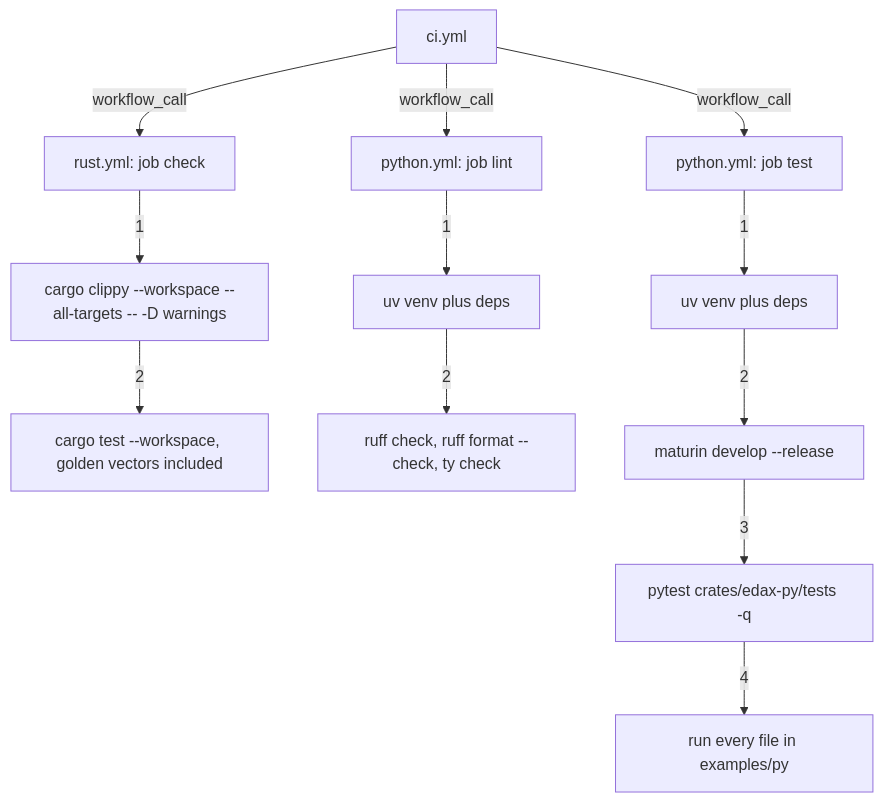
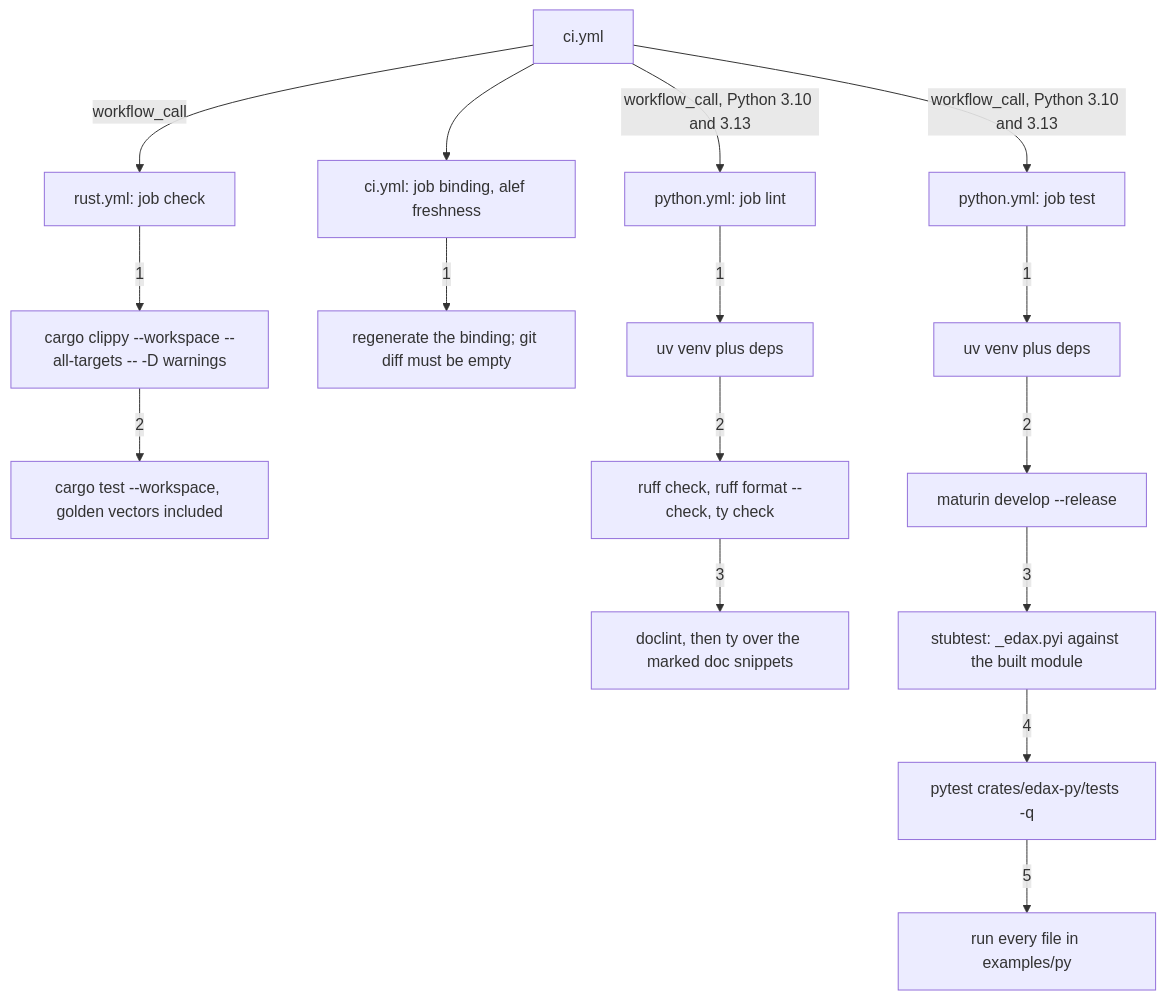
One commit to haskian/edax changed the third of 3 diagrams in docs/guides/testing.md. Above: the diagram before and after it, drawn with Mermaid. The commit also changed other lines of this file and 117 other files, not shown here.

````diff
--- a/docs/guides/testing.md
+++ b/docs/guides/testing.md
@@ -283,17 +285,22 @@
 ```mermaid
 flowchart TB
     CI["ci.yml"] -->|"workflow_call"| R["rust.yml: job check"]
-    CI -->|"workflow_call"| PL["python.yml: job lint"]
-    CI -->|"workflow_call"| PT["python.yml: job test"]
+    CI --> B["ci.yml: job binding, alef freshness"]
+    CI -->|"workflow_call, Python 3.10 and 3.13"| PL["python.yml: job lint"]
+    CI -->|"workflow_call, Python 3.10 and 3.13"| PT["python.yml: job test"]
 
     R -->|"1"| R1["cargo clippy --workspace --all-targets -- -D warnings"]
     R1 -->|"2"| R2["cargo test --workspace, golden vectors included"]
 
+    B -->|"1"| B1["regenerate the binding; git diff must be empty"]
+
     PL -->|"1"| L1["uv venv plus deps"]
     L1 -->|"2"| L2["ruff check, ruff format --check, ty check"]
+    L2 -->|"3"| L3["doclint, then ty over the marked doc snippets"]
 
     PT -->|"1"| T1["uv venv plus deps"]
     T1 -->|"2"| T2["maturin develop --release"]
-    T2 -->|"3"| T3["pytest crates/edax-py/tests -q"]
-    T3 -->|"4"| T4["run every file in examples/py"]
+    T2 -->|"3"| T3["stubtest: _edax.pyi against the built module"]
+    T3 -->|"4"| T4["pytest crates/edax-py/tests -q"]
+    T4 -->|"5"| T5["run every file in examples/py"]
 ```
````
